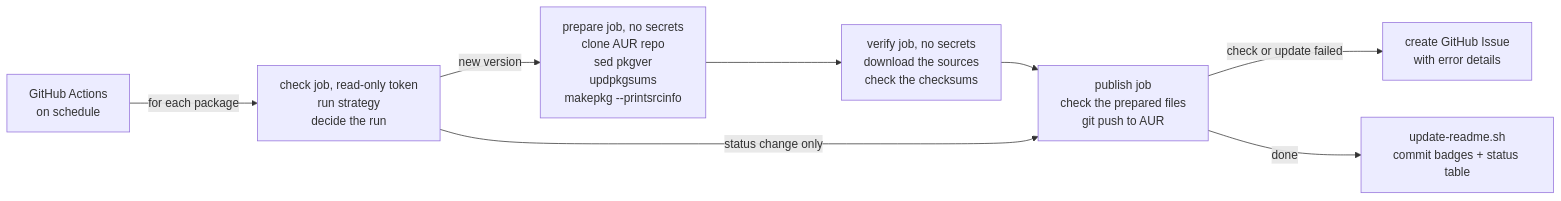
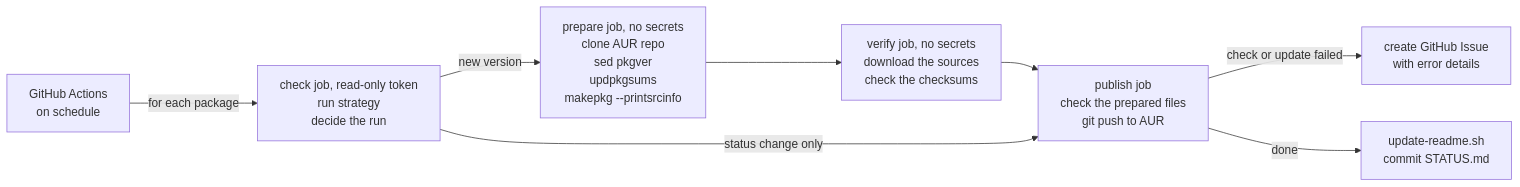
The diagram in README.md (staticwire/aurtomator), drawn with Mermaid before and after one commit. The commit also changed other lines of this file and 5 other files, not shown here.

Commit message:
feat(scripts): move the status table to STATUS.md

````diff
--- a/README.md
+++ b/README.md
@@ -24,10 +16,10 @@
 ```mermaid
 graph LR
     A[GitHub Actions<br/>on schedule] -->|for each package| K[check job, read-only token<br/>run strategy<br/>decide the run]
     K -->|new version| B[prepare job, no secrets<br/>clone AUR repo<br/>sed pkgver<br/>updpkgsums<br/>makepkg --printsrcinfo]
     B --> V[verify job, no secrets<br/>download the sources<br/>check the checksums]
     V --> C[publish job<br/>check the prepared files<br/>git push to AUR]
     K -->|status change only| C
     C -->|check or update failed| D[create GitHub Issue<br/>with error details]
-    C -->|done| E[update-readme.sh<br/>commit badges + status table]
+    C -->|done| E[update-readme.sh<br/>commit STATUS.md]
 ```
````
